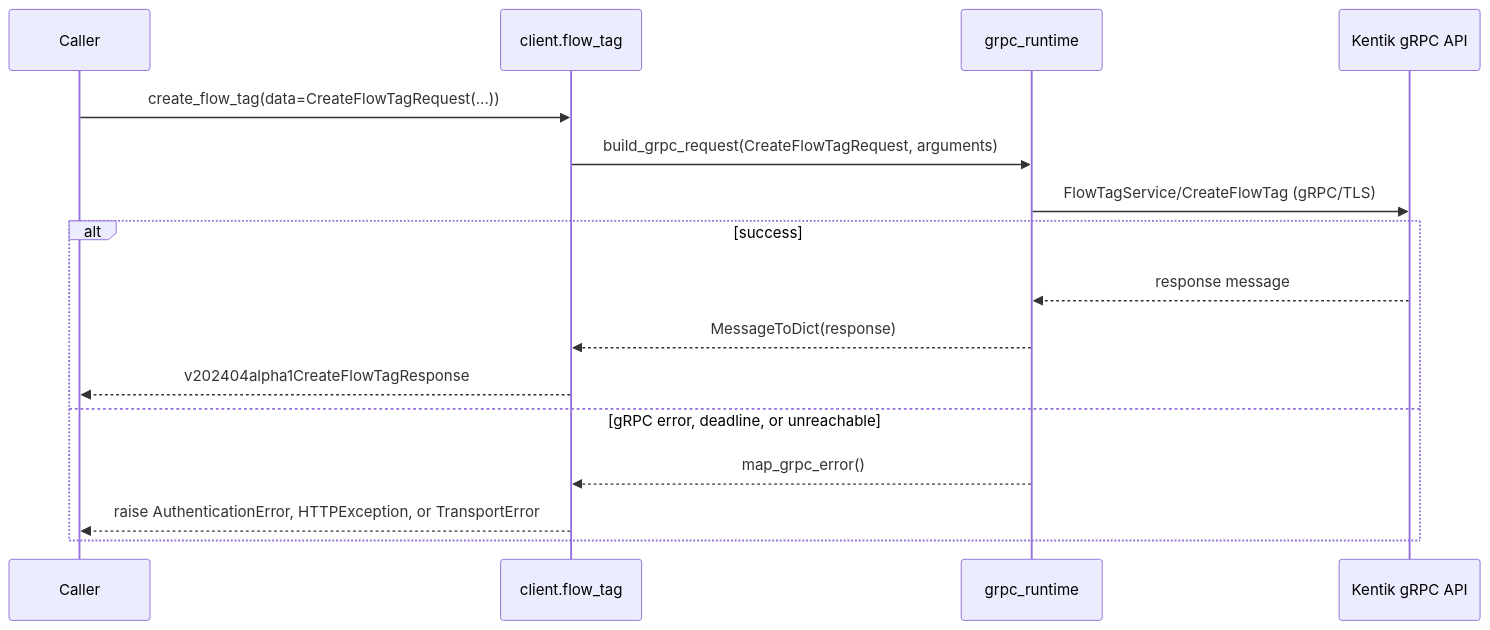
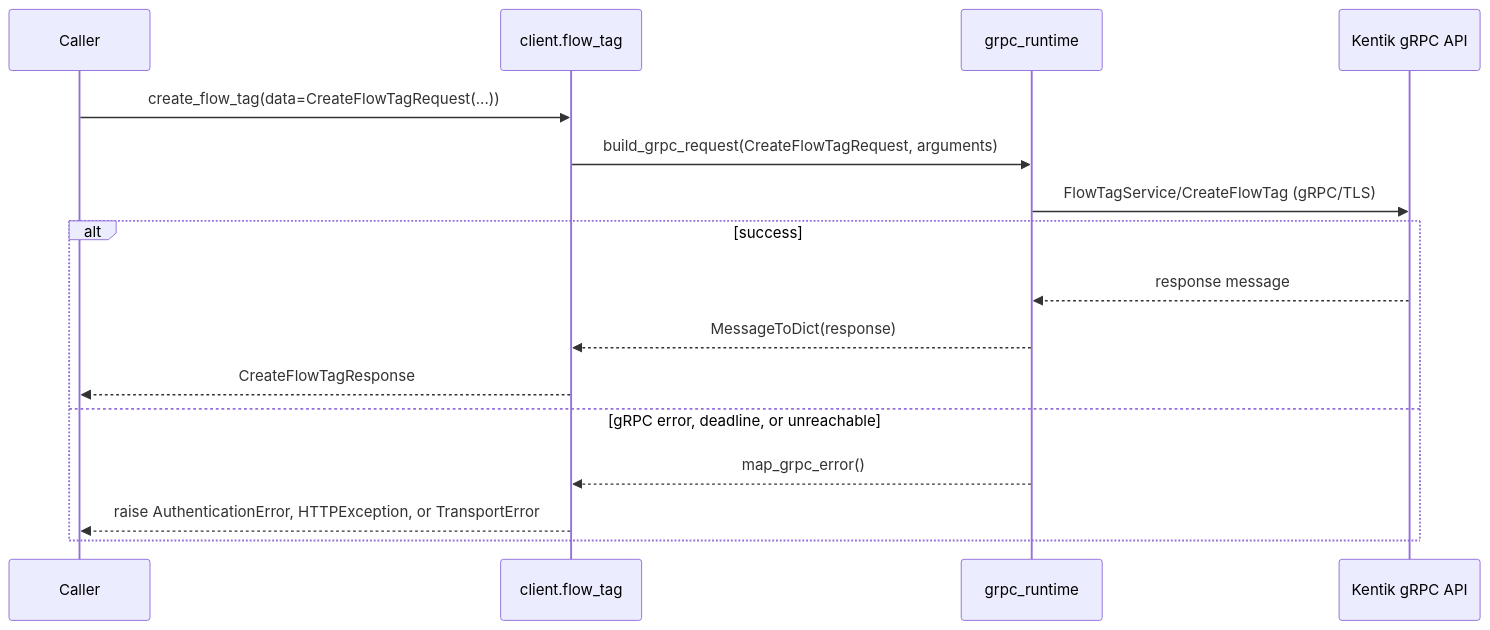
One commit to alexdearaujo/community_sdk_python changed the fifth of 12 diagrams in docs/sphinx/services/flow_tag.md. Above: the diagram before and after it, drawn with Mermaid. The commit also changed other lines of this file and 38 other files, not shown here.

````diff
--- a/docs/sphinx/services/flow_tag.md
+++ b/docs/sphinx/services/flow_tag.md
@@ -137,19 +137,19 @@
 ```mermaid
 sequenceDiagram
     participant C as Caller
     participant W as client.flow_tag
     participant R as grpc_runtime
     participant API as Kentik gRPC API
 
     C->>W: create_flow_tag(data=CreateFlowTagRequest(...))
     W->>R: build_grpc_request(CreateFlowTagRequest, arguments)
     R->>API: FlowTagService/CreateFlowTag (gRPC/TLS)
     alt success
         API-->>R: response message
         R-->>W: MessageToDict(response)
-        W-->>C: v202404alpha1CreateFlowTagResponse
+        W-->>C: CreateFlowTagResponse
     else gRPC error, deadline, or unreachable
         R-->>W: map_grpc_error()
         W-->>C: raise AuthenticationError, HTTPException, or TransportError
     end
 ```
````
